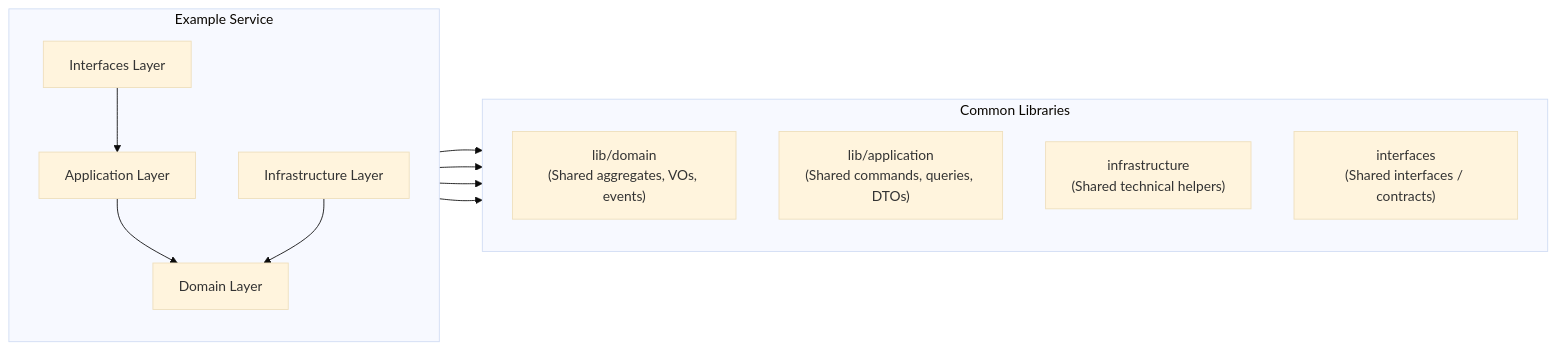
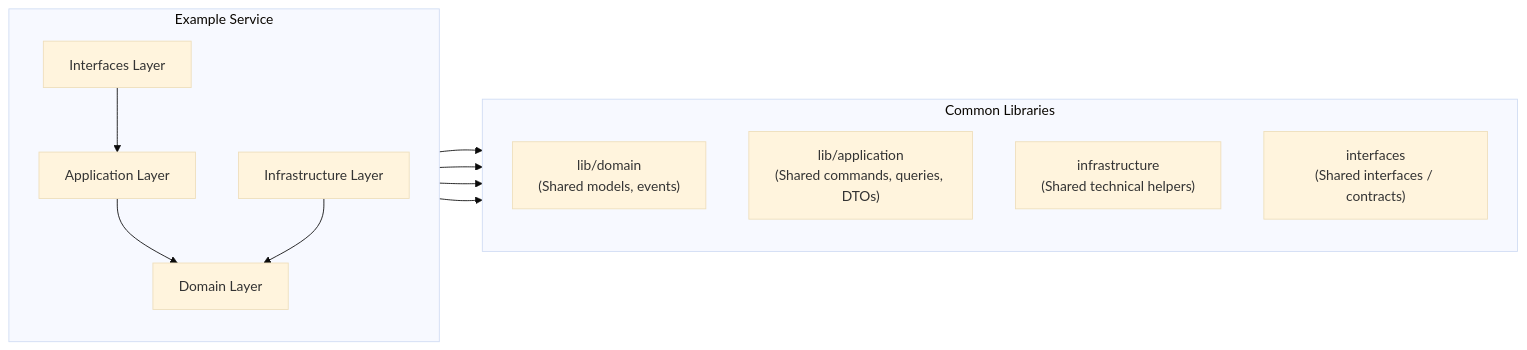
The diagram in docs/libraries-style-guide.md (xankremi/quincunx), drawn with Mermaid (base theme) before and after one commit. The commit also changed other lines of this file and 1 other file, not shown here.

````diff
--- a/docs/libraries-style-guide.md
+++ b/docs/libraries-style-guide.md
@@ -61,26 +62,26 @@
 ```mermaid
 flowchart LR
 subgraph Libs[Common Libraries]
 direction TB
-CoreDomain["lib/domain\n(Shared aggregates, VOs, events)"]
+CoreDomain["lib/domain\n(Shared models, events)"]
 CoreApp["lib/application\n(Shared commands, queries, DTOs)"]
 InfraMongo["infrastructure\n(Shared technical helpers)"]
 Interfaces["interfaces\n(Shared interfaces / contracts)"]
 end
 
     subgraph Service[Example Service]
         direction TB
         Domain["Domain Layer"]
         Application["Application Layer"]
         Infra["Infrastructure Layer"]
         InterfacesSvc["Interfaces Layer"]
     end
 
     Domain --> CoreDomain
     Application --> CoreApp
     Infra --> InfraMongo
     InterfacesSvc --> Interfaces
     Application --> Domain
     Infra --> Domain
     InterfacesSvc --> Application
 ```
````
